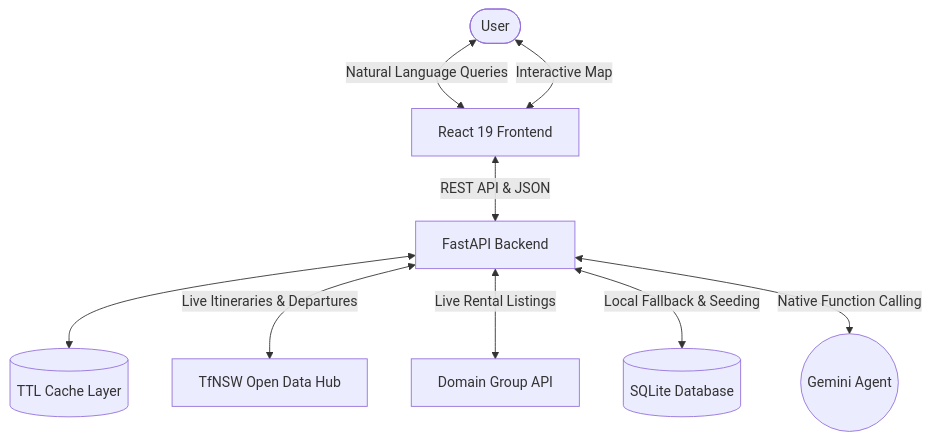
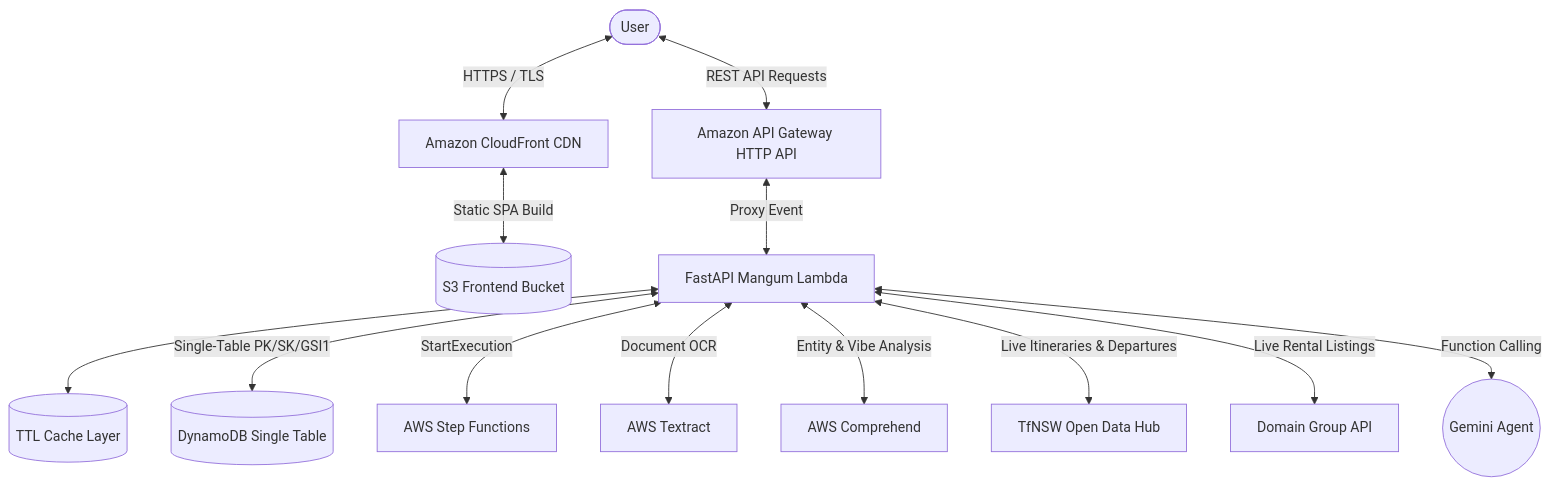
The diagram in README.md (amcguinness056/SydLiving-AI), drawn with Mermaid before and after one commit. The commit also changed other lines of this file and 15 other files, not shown here.

Commit message:
feat(phase-5): deploy SydLivingAI on AWS with Mangum Lambda, DynamoDB, and AWS CDK

````diff
--- a/README.md
+++ b/README.md
@@ -19,13 +26,18 @@
 ```mermaid
 graph TD
-    User([User]) <-->|Natural Language Queries| UI[React 19 Frontend]
-    User <-->|Interactive Map| UI
+    User([User]) <-->|HTTPS / TLS| CF[Amazon CloudFront CDN]
+    CF <-->|Static SPA Build| S3[(S3 Frontend Bucket)]
     
-    UI <-->|REST API & JSON| API[FastAPI Backend]
+    User <-->|REST API Requests| APIGW[Amazon API Gateway HTTP API]
+    APIGW <-->|Proxy Event| Lambda[FastAPI Mangum Lambda]
     
-    API <--> Cache[(TTL Cache Layer)]
-    API <-->|Live Itineraries & Departures| TfNSW[TfNSW Open Data Hub]
-    API <-->|Live Rental Listings| Domain[Domain Group API]
-    API <-->|Local Fallback & Seeding| DB[(SQLite Database)]
-    API <-->|Native Function Calling| LLM((Gemini Agent))
+    Lambda <--> Cache[(TTL Cache Layer)]
+    Lambda <-->|Single-Table PK/SK/GSI1| DDB[(DynamoDB Single Table)]
+    Lambda <-->|StartExecution| SFN[AWS Step Functions]
+    Lambda <-->|Document OCR| Textract[AWS Textract]
+    Lambda <-->|Entity & Vibe Analysis| Comprehend[AWS Comprehend]
+    
+    Lambda <-->|Live Itineraries & Departures| TfNSW[TfNSW Open Data Hub]
+    Lambda <-->|Live Rental Listings| Domain[Domain Group API]
+    Lambda <-->|Function Calling| LLM((Gemini Agent))
 ```
````
